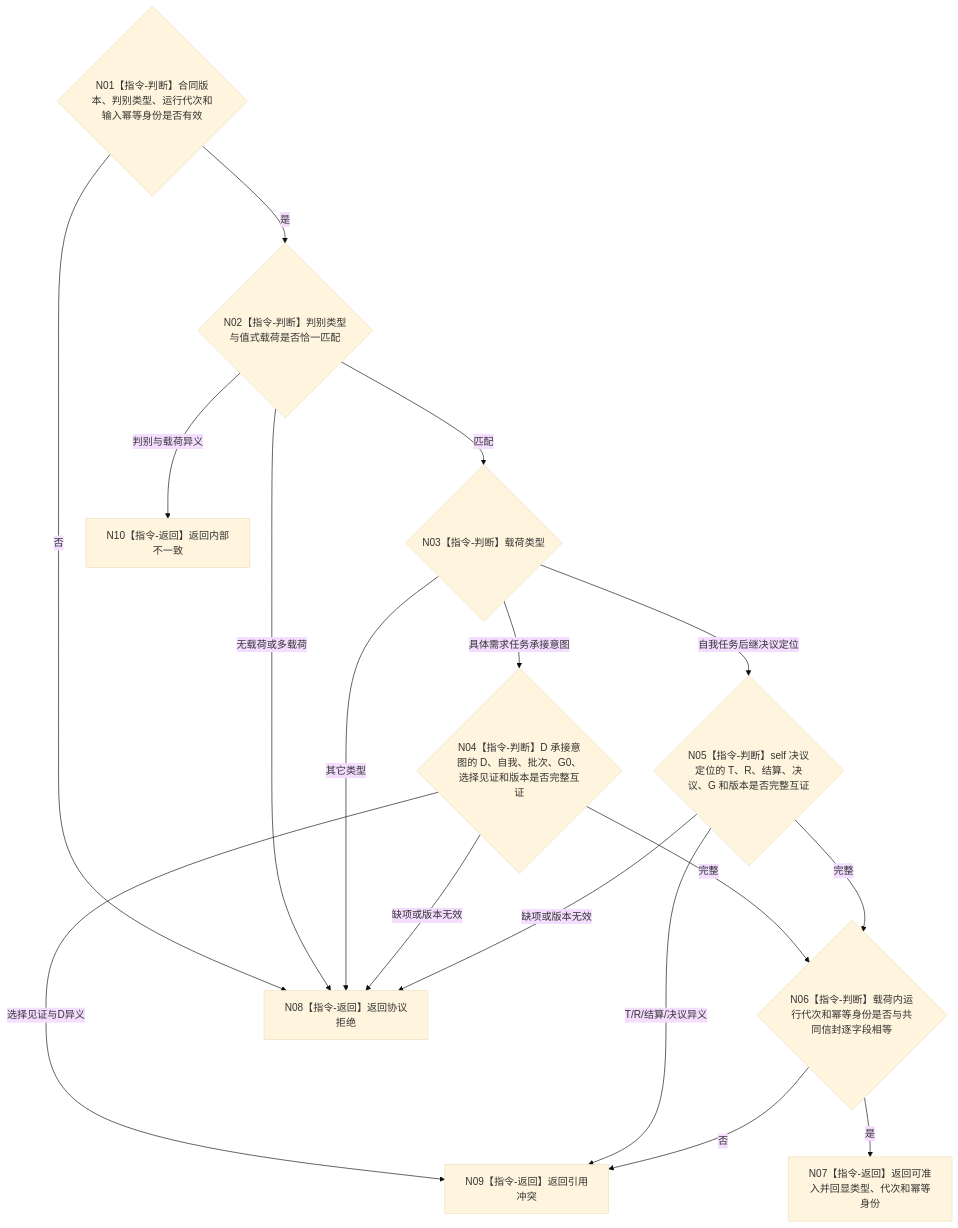
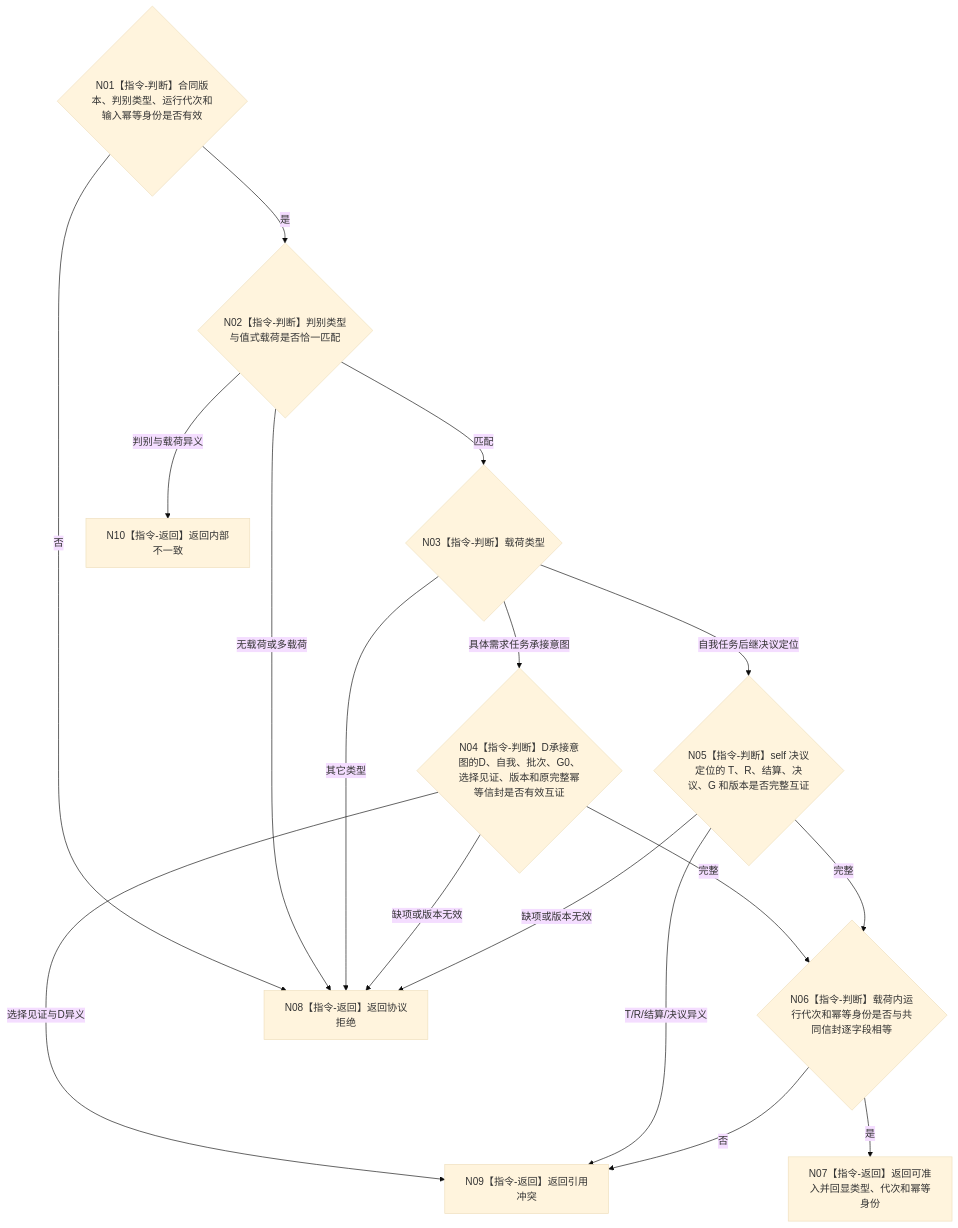
One commit to chunhaizh-cyber/HY-Ego changed the diagram in 流程图/目标业务流程图/L3/BIZ-L3-002-08-01_复核一个任务管理具名输入_目标函数流程图_v0.2.md. Above: the diagram before and after it, drawn with Mermaid (base theme). The commit also changed other lines of this file and 22 other files, not shown here.

````diff
--- a/流程图/目标业务流程图/L3/BIZ-L3-002-08-01_复核一个任务管理具名输入_目标函数流程图_v0.2.md
+++ b/流程图/目标业务流程图/L3/BIZ-L3-002-08-01_复核一个任务管理具名输入_目标函数流程图_v0.2.md
@@ -38,30 +38,30 @@
 ```mermaid
 flowchart TD
     N01{"N01【指令-判断】合同版本、判别类型、运行代次和输入幂等身份是否有效"}
     N02{"N02【指令-判断】判别类型与值式载荷是否恰一匹配"}
     N03{"N03【指令-判断】载荷类型"}
-    N04{"N04【指令-判断】D 承接意图的 D、自我、批次、G0、选择见证和版本是否完整互证"}
+    N04{"N04【指令-判断】D承接意图的D、自我、批次、G0、选择见证、版本和原完整幂等信封是否有效互证"}
     N05{"N05【指令-判断】self 决议定位的 T、R、结算、决议、G 和版本是否完整互证"}
     N06{"N06【指令-判断】载荷内运行代次和幂等身份是否与共同信封逐字段相等"}
     N07["N07【指令-返回】返回可准入并回显类型、代次和幂等身份"]
     N08["N08【指令-返回】返回协议拒绝"]
     N09["N09【指令-返回】返回引用冲突"]
     N10["N10【指令-返回】返回内部不一致"]
 
     N01 -->|否| N08
     N01 -->|是| N02
     N02 -->|无载荷或多载荷| N08
     N02 -->|判别与载荷异义| N10
     N02 -->|匹配| N03
     N03 -->|具体需求任务承接意图| N04
     N03 -->|自我任务后继决议定位| N05
     N03 -->|其它类型| N08
     N04 -->|缺项或版本无效| N08
     N04 -->|选择见证与D异义| N09
     N04 -->|完整| N06
     N05 -->|缺项或版本无效| N08
     N05 -->|T/R/结算/决议异义| N09
     N05 -->|完整| N06
     N06 -->|否| N09
     N06 -->|是| N07
 ```
````
